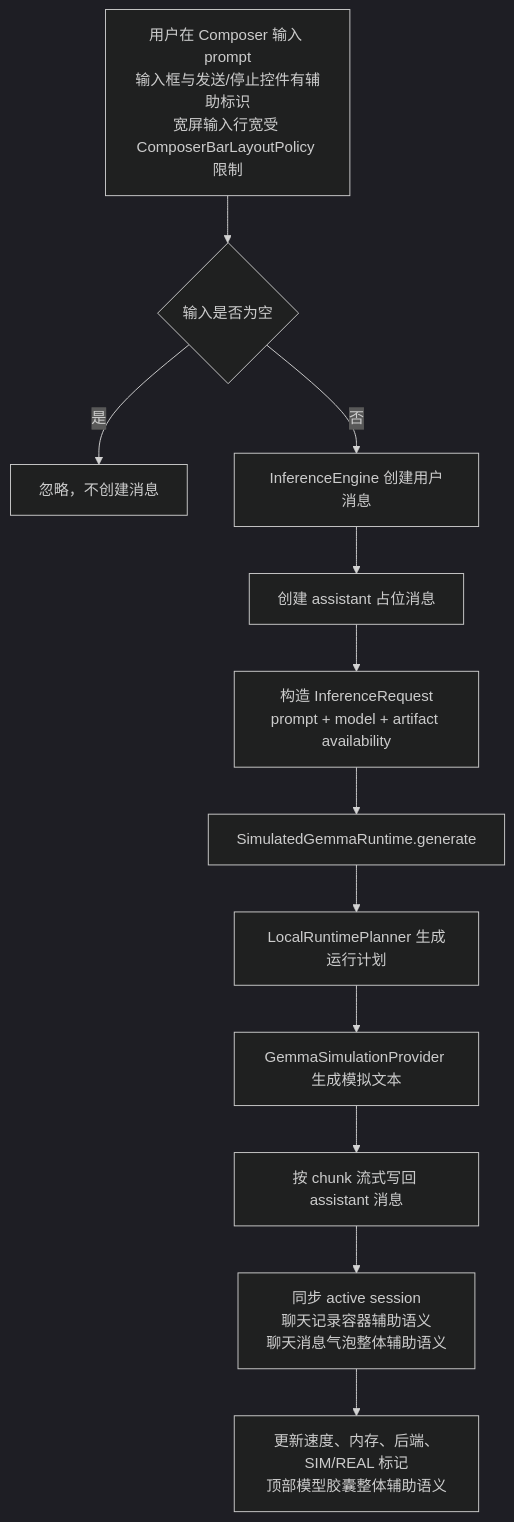
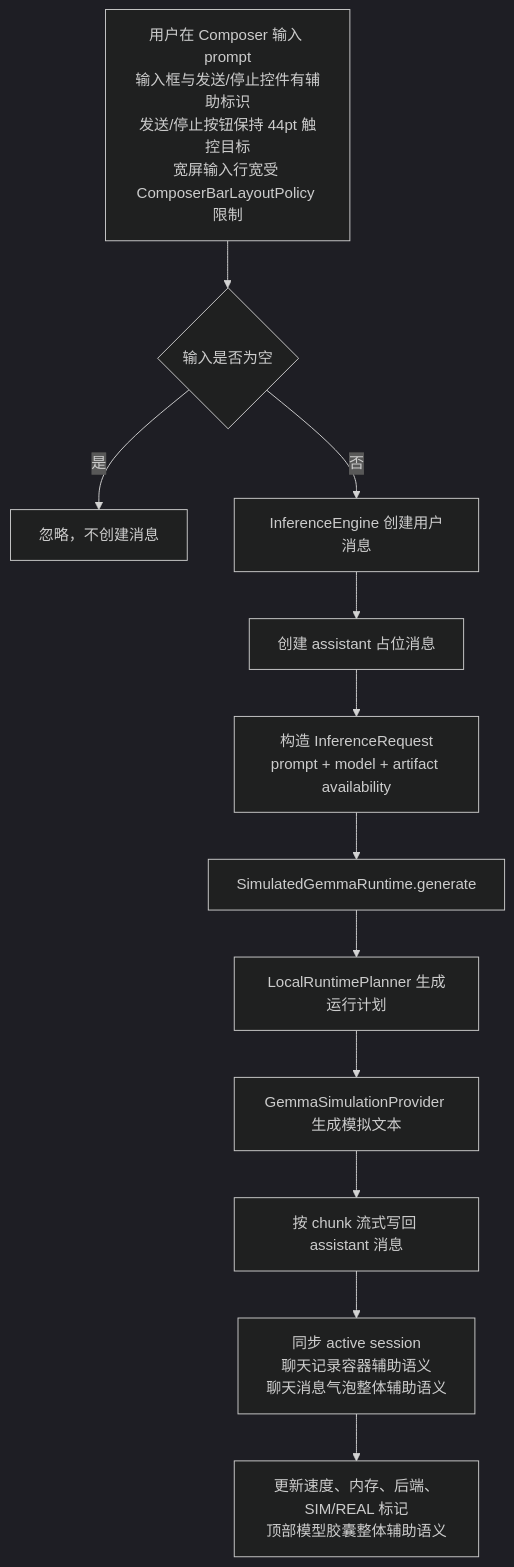
Before and after one commit to Altman-sam114/113: the fourth of 10 diagrams in md/flow/flowchart.md, drawn with Mermaid (dark theme). The commit also changed other lines of this file and 8 other files, not shown here.

````diff
--- a/md/flow/flowchart.md
+++ b/md/flow/flowchart.md
@@ -65,14 +65,14 @@
 ```mermaid
 flowchart TD
-    A[用户在 Composer 输入 prompt<br/>输入框与发送/停止控件有辅助标识<br/>宽屏输入行宽受 ComposerBarLayoutPolicy 限制] --> B{输入是否为空}
+    A[用户在 Composer 输入 prompt<br/>输入框与发送/停止控件有辅助标识<br/>发送/停止按钮保持 44pt 触控目标<br/>宽屏输入行宽受 ComposerBarLayoutPolicy 限制] --> B{输入是否为空}
     B -- 是 --> C[忽略，不创建消息]
     B -- 否 --> D[InferenceEngine 创建用户消息]
     D --> E[创建 assistant 占位消息]
     E --> F[构造 InferenceRequest<br/>prompt + model + artifact availability]
     F --> G[SimulatedGemmaRuntime.generate]
     G --> H[LocalRuntimePlanner 生成运行计划]
     H --> I[GemmaSimulationProvider 生成模拟文本]
     I --> J[按 chunk 流式写回 assistant 消息]
     J --> K[同步 active session<br/>聊天记录容器辅助语义<br/>聊天消息气泡整体辅助语义]
     K --> L[更新速度、内存、后端、SIM/REAL 标记<br/>顶部模型胶囊整体辅助语义]
 ```
````
